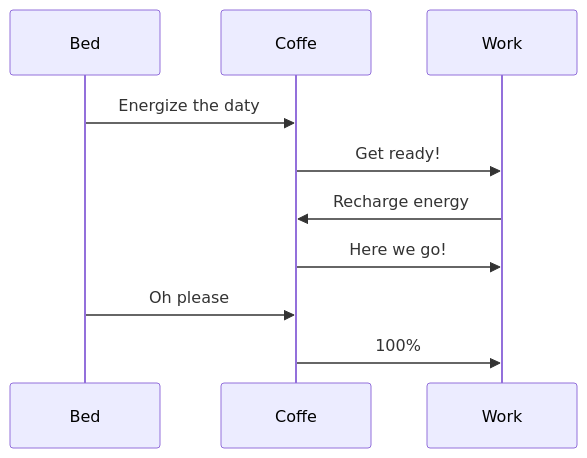
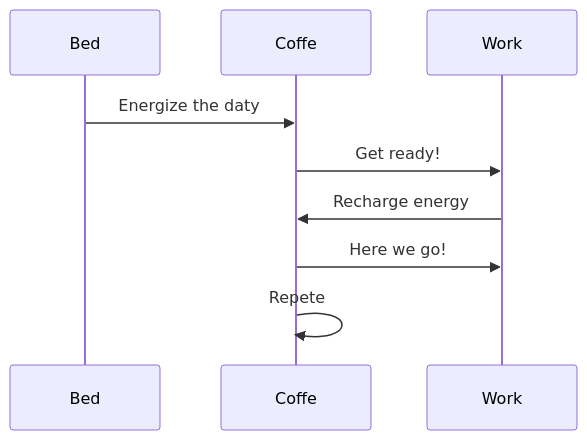
The diagram in README.md (xandrade/alpha-api), drawn with Mermaid before and after one commit.

````diff
--- a/README.md
+++ b/README.md
@@ -3,12 +3,11 @@
 ```mermaid
 sequenceDiagram
     participant Bed
     participant Coffe
     participant Work
     Bed->>Coffe: Energize the daty
     Coffe->>Work: Get ready!
     Work->>Coffe: Recharge energy
     Coffe->>Work: Here we go!
-    Bed->>Coffe: Oh please
-    Coffe->>Work: 100%
+    Coffe->>Coffe: Repete
 ```
````
